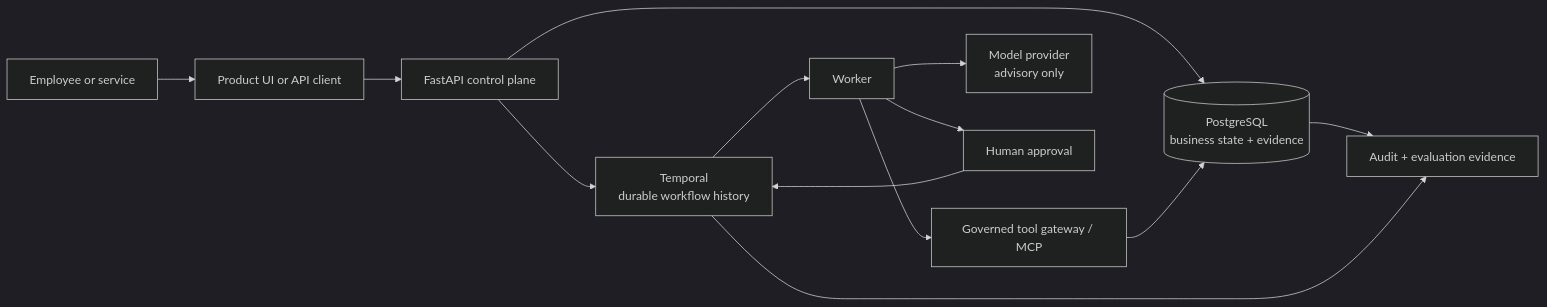
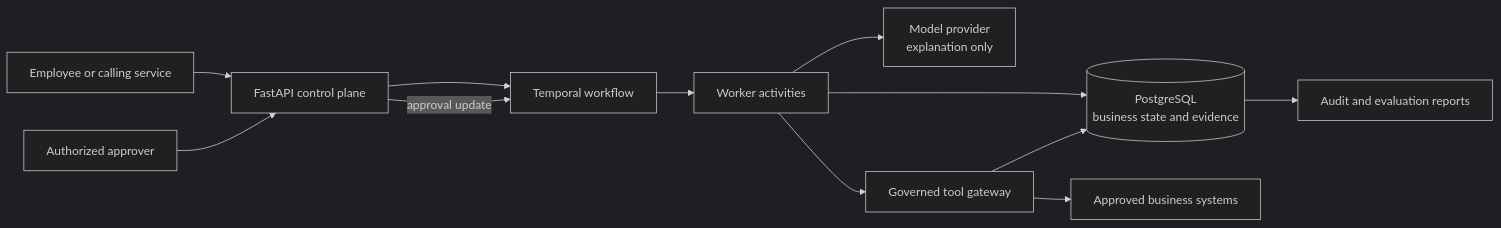
The first of 2 diagrams in README.md (kabbersokhi-boop/agents-should-survive-failure), drawn with Mermaid (dark theme) before and after one commit. The commit also changed other lines of this file, not shown here.

Commit message:
docs: add system and crash-recovery diagrams

````diff
--- a/README.md
+++ b/README.md
@@ -100,15 +102,19 @@
 ```mermaid
 flowchart LR
-    User[Employee or service] --> Product[Product UI or API client]
-    Product --> API[FastAPI control plane]
-    API --> DB[(PostgreSQL\nbusiness state + evidence)]
-    API --> T[Temporal\ndurable workflow history]
-    T --> W[Worker]
-    W --> G[Governed tool gateway / MCP]
-    W --> M[Model provider\nadvisory only]
-    W --> H[Human approval]
+    User[Employee or calling service] --> API[FastAPI control plane]
+
+    API --> T[Temporal workflow]
+    T --> W[Worker activities]
+
+    W --> M[Model provider<br/>explanation only]
+    W --> G[Governed tool gateway]
+    W --> DB[(PostgreSQL<br/>business state and evidence)]
+
+    G --> S[Approved business systems]
     G --> DB
-    H --> T
-    DB --> E[Audit + evaluation evidence]
-    T --> E
+
+    Approver[Authorized approver] --> API
+    API -->|approval update| T
+
+    DB --> E[Audit and evaluation reports]
 ```
````
